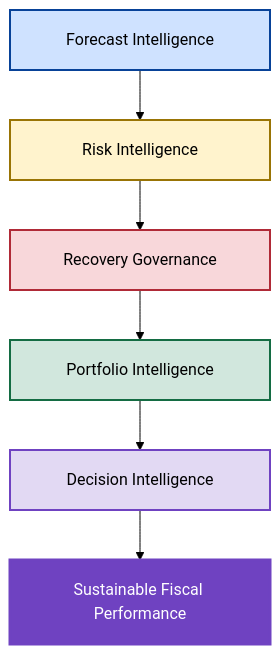
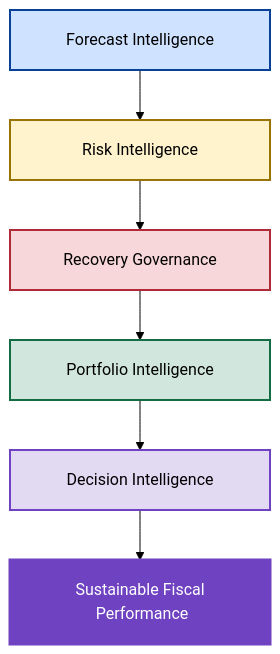
Before and after one commit to AwesomeAnil/newbridge-saas-operating-system: the second of 3 diagrams in 12_Next_Generation_Operating_Model/next-generation-revenue-operating-model.md, drawn with Mermaid (forest theme). The commit also changed other lines of this file, not shown here.

````diff
--- a/12_Next_Generation_Operating_Model/next-generation-revenue-operating-model.md
+++ b/12_Next_Generation_Operating_Model/next-generation-revenue-operating-model.md
@@ -104,17 +106,17 @@
 ```mermaid
 flowchart TD
 
 A["<table><tr><td width='350' align='center'>Forecast Intelligence</td></tr></table>"] --> B["<table><tr><td width='350' align='center'>Risk Intelligence</td></tr></table>"]
 B --> C["<table><tr><td width='350' align='center'>Recovery Governance</td></tr></table>"]
 C --> D["<table><tr><td width='350' align='center'>Portfolio Intelligence</td></tr></table>"]
 D --> E["<table><tr><td width='350' align='center'>Decision Intelligence</td></tr></table>"]
-E --> F["<table><tr><td width='350' align='center'>Sustainable Fiscal Performance</td></tr></table>"]
+E --> F["<table><tr><td width='350' align='center'>Sustainable Fiscal<br> Performance</td></tr></table>"]
 
 %% Individual Node Color Overrides
 style A fill:#cfe2ff,stroke:#084298,stroke-width:2px
 style B fill:#fff3cd,stroke:#997404,stroke-width:2px
 style C fill:#f8d7da,stroke:#b02a37,stroke-width:2px
 style D fill:#d1e7dd,stroke:#146c43,stroke-width:2px
 style E fill:#e2d9f3,stroke:#6f42c1,stroke-width:2px
 style F fill:#6f42c1,color:#ffffff,stroke:#6f42c1,stroke-width:3px
 ```
````
